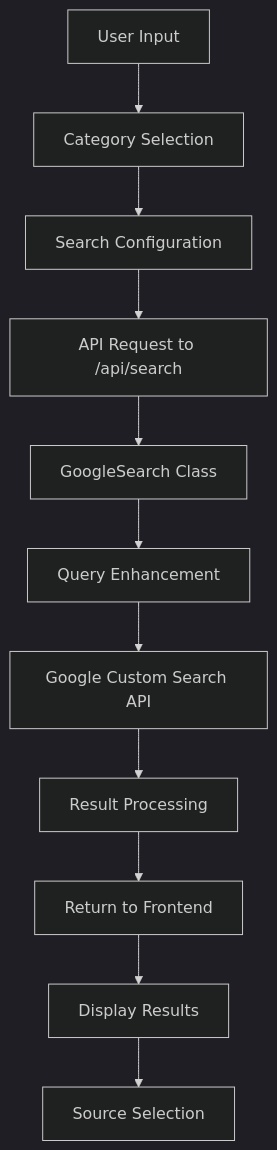
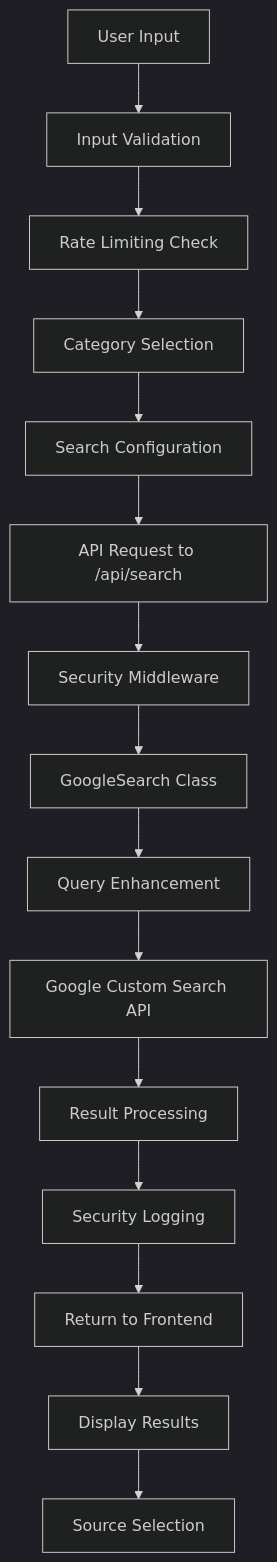
One commit to AdityaKothari27/Querra changed the first of 3 diagrams in TECHNICAL.md. Above: the diagram before and after it, drawn with Mermaid (dark theme). The commit also changed other lines of this file and 16 other files, not shown here.

````diff
--- a/TECHNICAL.md
+++ b/TECHNICAL.md
@@ -55,13 +177,17 @@
 ```mermaid
 graph TD
-    A[User Input] --> B[Category Selection]
-    B --> C[Search Configuration]
-    C --> D[API Request to /api/search]
-    D --> E[GoogleSearch Class]
-    E --> F[Query Enhancement]
-    F --> G[Google Custom Search API]
-    G --> H[Result Processing]
-    H --> I[Return to Frontend]
-    I --> J[Display Results]
-    J --> K[Source Selection]
+    A[User Input] --> B[Input Validation]
+    B --> C[Rate Limiting Check]
+    C --> D[Category Selection]
+    D --> E[Search Configuration]
+    E --> F[API Request to /api/search]
+    F --> G[Security Middleware]
+    G --> H[GoogleSearch Class]
+    H --> I[Query Enhancement]
+    I --> J[Google Custom Search API]
+    J --> K[Result Processing]
+    K --> L[Security Logging]
+    L --> M[Return to Frontend]
+    M --> N[Display Results]
+    N --> O[Source Selection]
 ```
````
